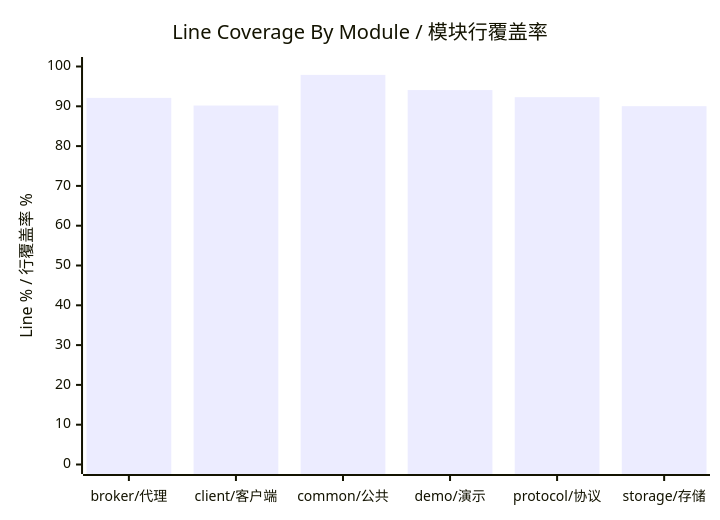
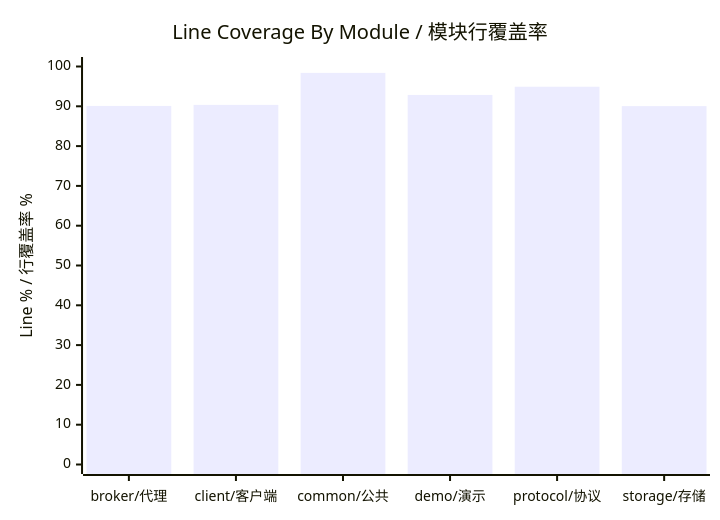
One commit to wxw121/miniMQ changed the first of 2 diagrams in docs/testing.md. Above: the diagram before and after it, drawn with Mermaid. The commit also changed other lines of this file and 107 other files, not shown here.

````diff
--- a/docs/testing.md
+++ b/docs/testing.md
@@ -82,7 +82,7 @@
 ```mermaid
 xychart-beta
     title "Line Coverage By Module / 模块行覆盖率"
     x-axis ["broker/代理", "client/客户端", "common/公共", "demo/演示", "protocol/协议", "storage/存储"]
     y-axis "Line % / 行覆盖率 %" 0 --> 100
-    bar [92.11, 90.20, 97.90, 94.07, 92.29, 90.03]
+    bar [90.09, 90.36, 98.40, 92.86, 94.92, 90.04]
 ```
````
